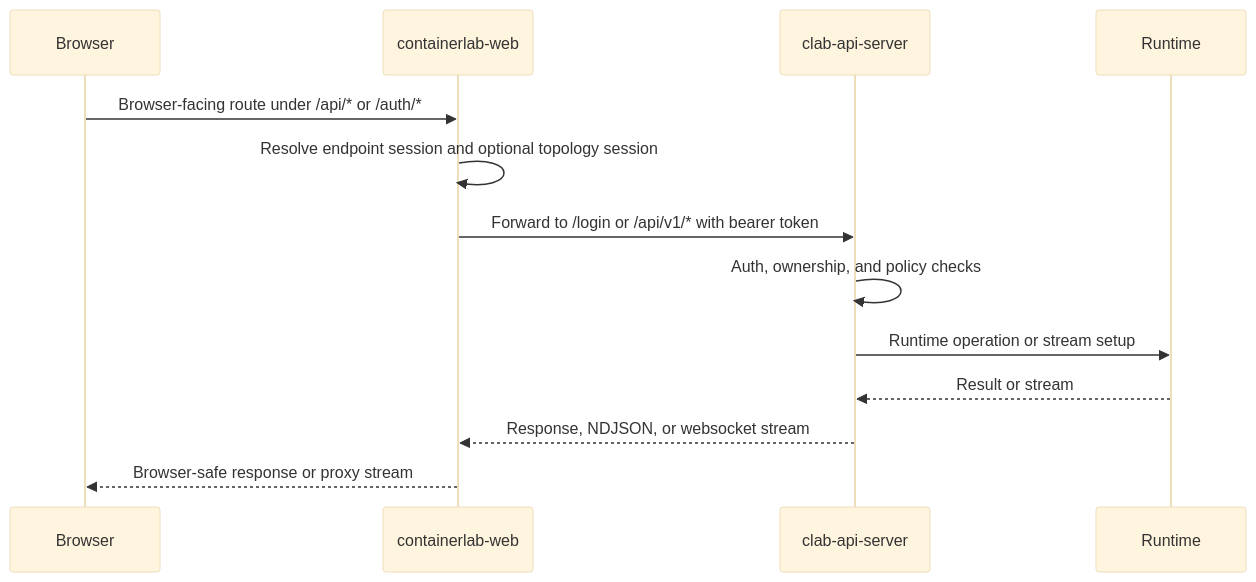
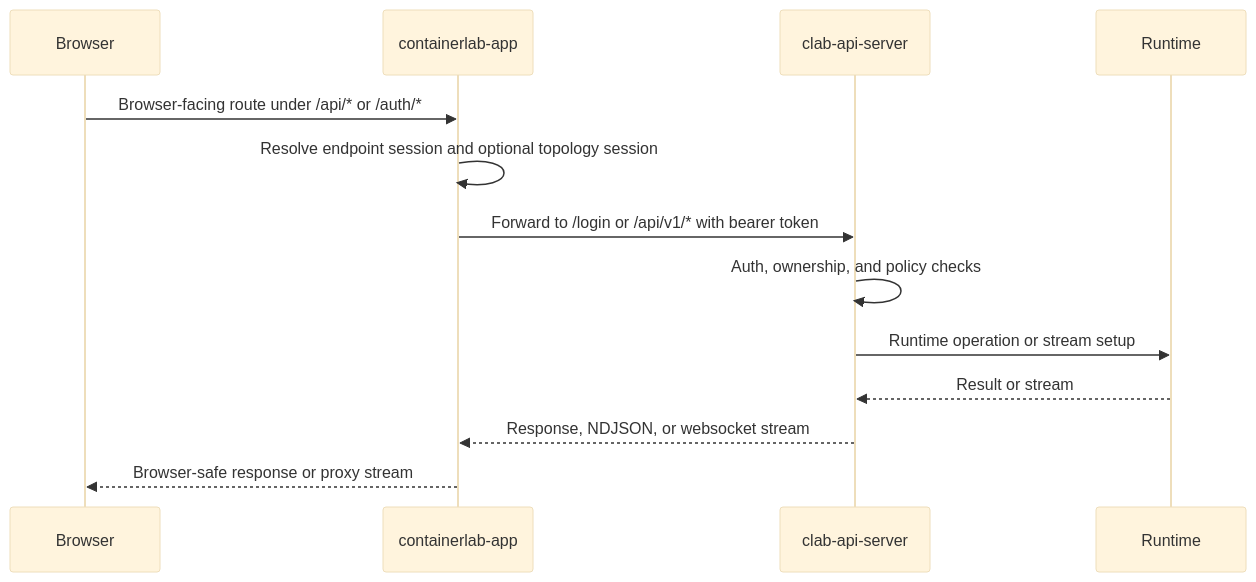
Before and after one commit to Muddyblack/clab-ui: the second of 5 diagrams in docs/00-platform-deep-dive.md, drawn with Mermaid (base theme). The commit also changed other lines of this file and 15 other files, not shown here.

````diff
--- a/docs/00-platform-deep-dive.md
+++ b/docs/00-platform-deep-dive.md
@@ -62,16 +62,16 @@
 ```mermaid
 sequenceDiagram
   participant B as Browser
-  participant W as containerlab-web
+  participant W as containerlab-app
   participant A as clab-api-server
   participant R as Runtime
 
   B->>W: Browser-facing route under /api/* or /auth/*
   W->>W: Resolve endpoint session and optional topology session
   W->>A: Forward to /login or /api/v1/* with bearer token
   A->>A: Auth, ownership, and policy checks
   A->>R: Runtime operation or stream setup
   R-->>A: Result or stream
   A-->>W: Response, NDJSON, or websocket stream
   W-->>B: Browser-safe response or proxy stream
 ```
````
